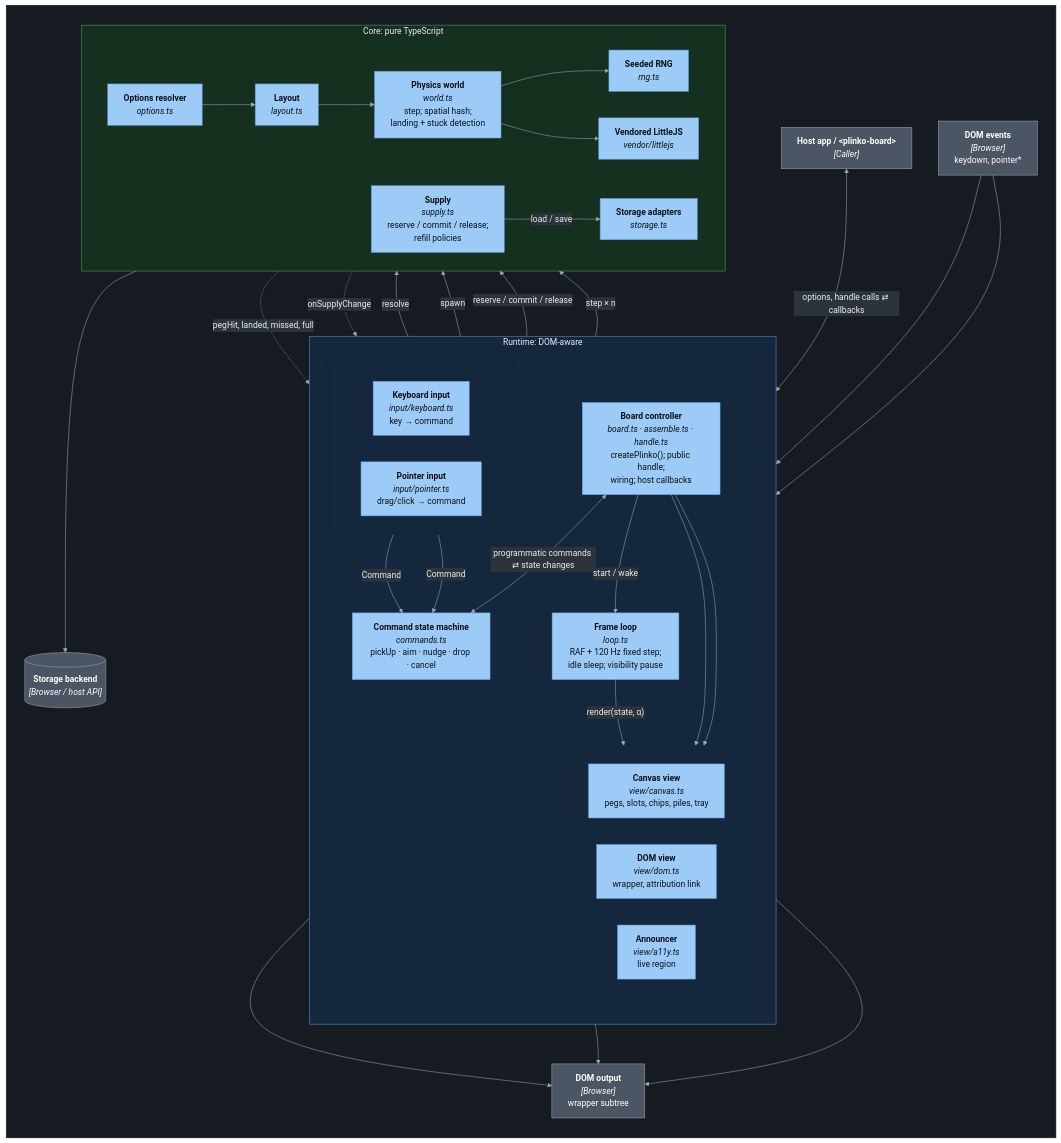
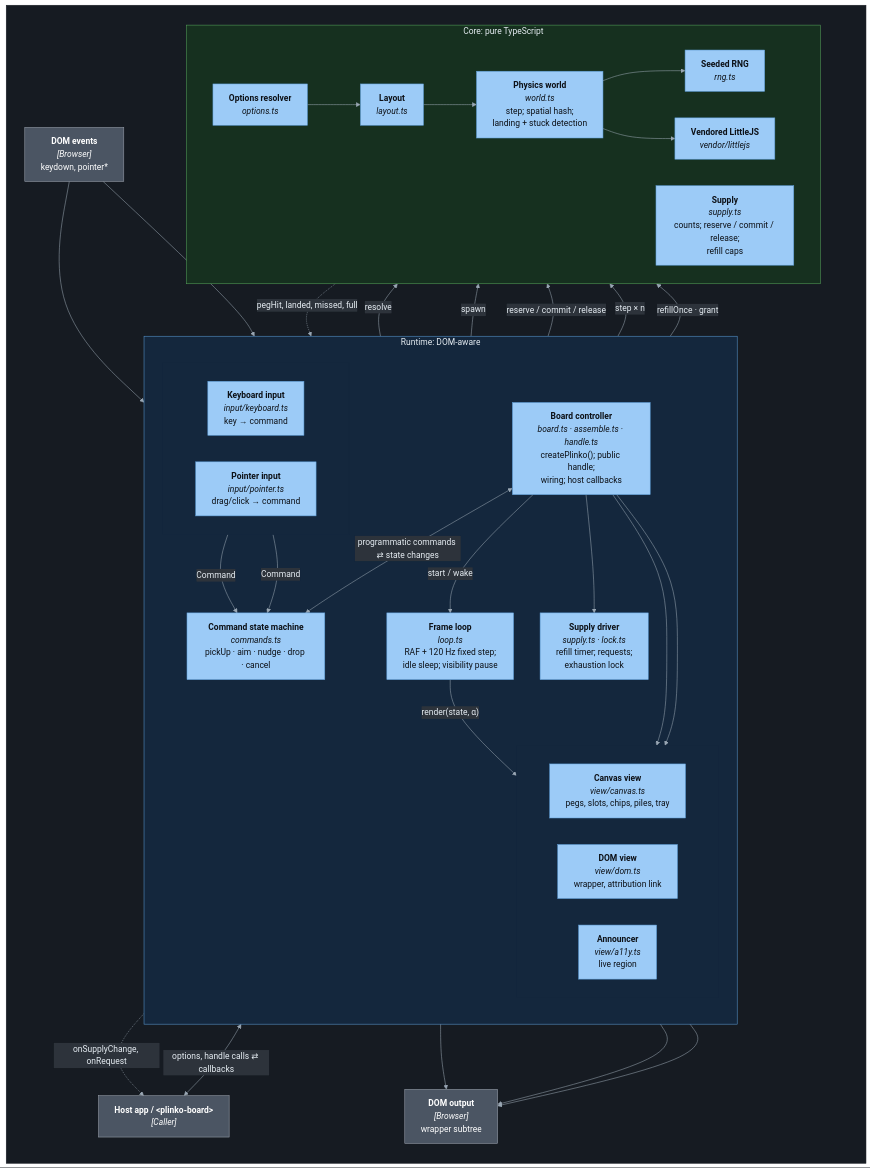
The third of 10 diagrams in docs/ARCHITECTURE.md (alanbickel/plinko-config), drawn with Mermaid before and after one commit. The commit also changed other lines of this file and 24 other files, not shown here.

Commit message:
Add in-memory chip supply: counts, refill policies, requests, and exhaustion lock; drop persistence from the design

````diff
--- a/docs/ARCHITECTURE.md
+++ b/docs/ARCHITECTURE.md
@@ -123,77 +118,76 @@
 ```mermaid
 %%{init: {"theme":"base","themeVariables":{"lineColor":"#9aa7b4","textColor":"#e6edf3","primaryTextColor":"#e6edf3","edgeLabelBackground":"#2d333b","clusterBkg":"#161b22","clusterBorder":"#30363d","titleColor":"#e6edf3"}}}%%
 flowchart TB
     subgraph canvas[" "]
         direction TB
 
 
         hostApp["<b>Host app / &lt;plinko-board&gt;</b><br/><i>[Caller]</i>"]:::external
         domIn["<b>DOM events</b><br/><i>[Browser]</i><br/>keydown, pointer*"]:::external
 
         subgraph runtime["Runtime: DOM-aware"]
             direction TB
             subgraph inputs[" "]
                 direction LR
                 kb["<b>Keyboard input</b><br/><i>input/keyboard.ts</i><br/>key → command"]:::comp
                 ptr["<b>Pointer input</b><br/><i>input/pointer.ts</i><br/>drag/click → command"]:::comp
             end
             cmds["<b>Command state machine</b><br/><i>commands.ts</i><br/>pickUp · aim · nudge · drop · cancel"]:::comp
             board["<b>Board controller</b><br/><i>board.ts · assemble.ts · handle.ts</i><br/>createPlinko(); public handle;<br/>wiring; host callbacks"]:::comp
             loop["<b>Frame loop</b><br/><i>loop.ts</i><br/>RAF + 120 Hz fixed step;<br/>idle sleep; visibility pause"]:::comp
+            supplyRt["<b>Supply driver</b><br/><i>supply.ts · lock.ts</i><br/>refill timer; requests;<br/>exhaustion lock"]:::comp
             subgraph views[" "]
                 direction LR
                 canvasView["<b>Canvas view</b><br/><i>view/canvas.ts</i><br/>pegs, slots, chips, piles, tray"]:::comp
                 domView["<b>DOM view</b><br/><i>view/dom.ts</i><br/>wrapper, attribution link"]:::comp
                 a11y["<b>Announcer</b><br/><i>view/a11y.ts</i><br/>live region"]:::comp
             end
         end
 
         domOut["<b>DOM output</b><br/><i>[Browser]</i><br/>wrapper subtree"]:::external
 
         subgraph core["Core: pure TypeScript"]
             direction LR
             opts["<b>Options resolver</b><br/><i>options.ts</i>"]:::comp
             layout["<b>Layout</b><br/><i>layout.ts</i>"]:::comp
             world["<b>Physics world</b><br/><i>world.ts</i><br/>step; spatial hash;<br/>landing + stuck detection"]:::comp
             rng["<b>Seeded RNG</b><br/><i>rng.ts</i>"]:::comp
             vendor["<b>Vendored LittleJS</b><br/><i>vendor/littlejs</i>"]:::comp
-            supply["<b>Supply</b><br/><i>supply.ts</i><br/>reserve / commit / release;<br/>refill policies"]:::comp
-            storage["<b>Storage adapters</b><br/><i>storage.ts</i>"]:::comp
+            supply["<b>Supply</b><br/><i>supply.ts</i><br/>counts; reserve / commit / release;<br/>refill caps"]:::comp
         end
-
-        storeExt[("<b>Storage backend</b><br/><i>[Browser / host API]</i>")]:::external
 
         hostApp <-- "options, handle calls ⇄ callbacks" --> board
         domIn --> kb
         domIn --> ptr
         kb -- "Command" --> cmds
         ptr -- "Command" --> cmds
         board <-- "programmatic commands ⇄ state changes" --> cmds
         board -- "start / wake" --> loop
         board --> domView
         board --> a11y
         loop -- "render(state, α)" --> canvasView
         canvasView --> domOut
         domView --> domOut
         a11y --> domOut
 
         board -- "resolve" --> opts
         opts --> layout --> world
         cmds -- "spawn" --> world
         cmds -- "reserve / commit / release" --> supply
         loop -- "step × n" --> world
         world -. "pegHit, landed, missed, full" .-> board
-        supply -. "onSupplyChange" .-> board
+        board --> supplyRt
+        supplyRt -- "refillOnce · grant" --> supply
+        supplyRt -. "onSupplyChange, onRequest" .-> hostApp
         world --> rng
         world --> vendor
-        supply -- "load / save" --> storage --> storeExt
     end
 
     classDef comp fill:#9ccbf7,stroke:#5b9bd5,color:#0d1117
     classDef external fill:#4b5563,stroke:#9ca3af,color:#ffffff
     style canvas fill:#161b22,stroke:#161b22
     style runtime fill:#14273d,stroke:#5b9bd5,color:#e6edf3
     style core fill:#16301f,stroke:#56a35a,color:#e6edf3
     style inputs fill:#14273d,stroke:#14273d
     style views fill:#14273d,stroke:#14273d
 ```
````
